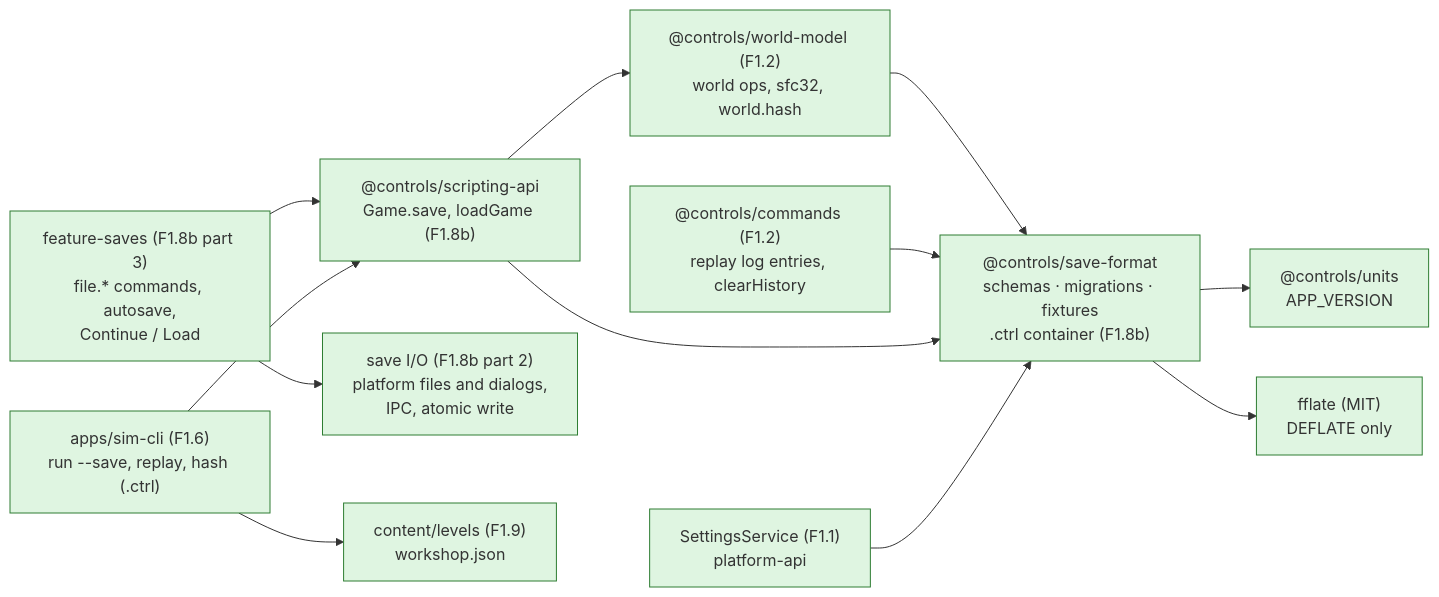
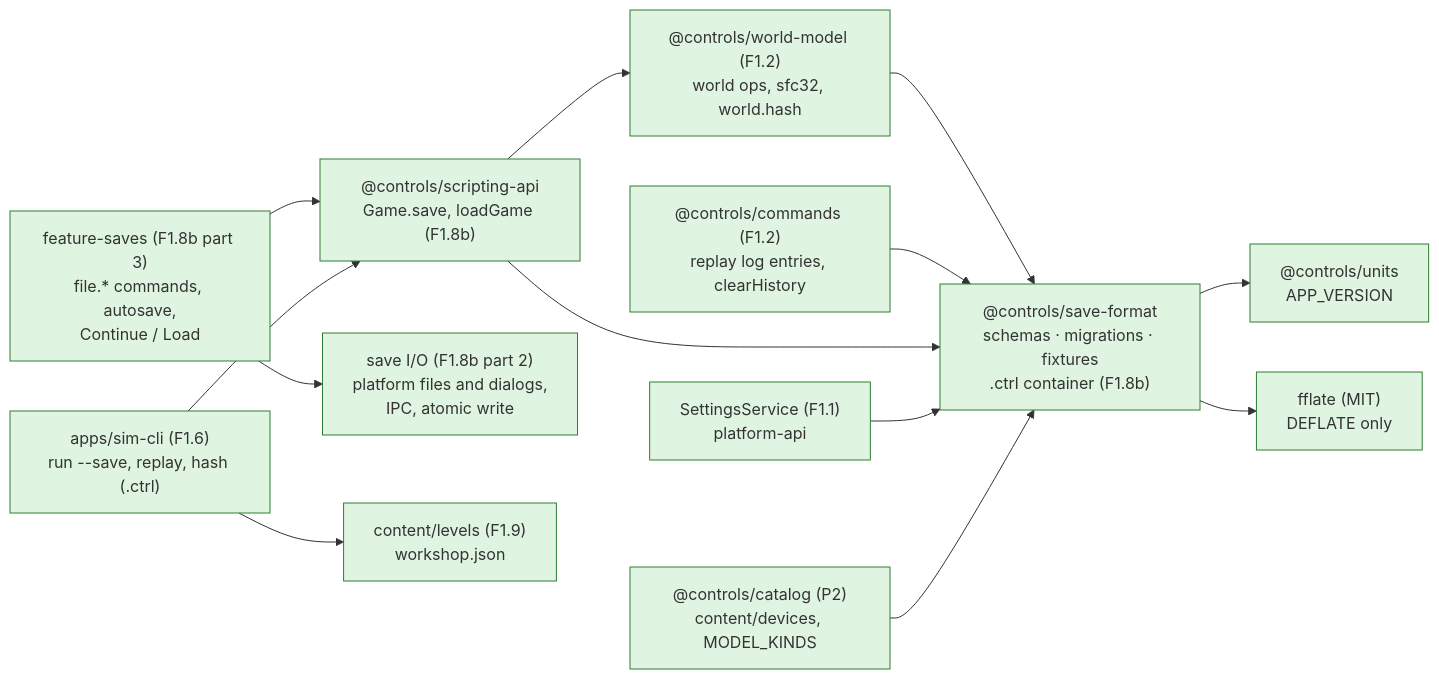
The seventh of 11 diagrams in docs/architecture/world-and-saves.md (joebarbere/controls), drawn with Mermaid before and after one commit. The commit also changed other lines of this file and 33 other files, not shown here.

First line of the commit message:
feat(catalog): device catalogue v1 and MODEL_KINDS (P2 kickoff step 5, D4) (#40)

````diff
--- a/docs/architecture/world-and-saves.md
+++ b/docs/architecture/world-and-saves.md
@@ -200,29 +222,31 @@
 ```mermaid
 flowchart LR
     classDef done fill:#dff5e1,stroke:#2e7d32;
     classDef later fill:#f4f4f4,stroke:#999,stroke-dasharray: 4 3;
 
     SF["@controls/save-format<br/>schemas · migrations · fixtures<br/>.ctrl container (F1.8b)"]:::done
     FF["fflate (MIT)<br/>DEFLATE only"]:::done
     UNITS["@controls/units<br/>APP_VERSION"]:::done
     WM["@controls/world-model (F1.2)<br/>world ops, sfc32, world.hash"]:::done
     CMD["@controls/commands (F1.2)<br/>replay log entries, clearHistory"]:::done
     API["@controls/scripting-api<br/>Game.save, loadGame (F1.8b)"]:::done
     IO["save I/O (F1.8b part 2)<br/>platform files and dialogs,<br/>IPC, atomic write"]:::done
     UI["feature-saves (F1.8b part 3)<br/>file.* commands, autosave,<br/>Continue / Load"]:::done
     SET["SettingsService (F1.1)<br/>platform-api"]:::done
     CLI["apps/sim-cli (F1.6)<br/>run --save, replay, hash (.ctrl)"]:::done
     LVL["content/levels (F1.9)<br/>workshop.json"]:::done
+    CATL["@controls/catalog (P2)<br/>content/devices, MODEL_KINDS"]:::done
 
     SF --> UNITS
     SF --> FF
     WM --> SF
     CMD --> SF
     API --> WM
     API --> SF
     UI --> API
     UI --> IO
     SET --> SF
     CLI --> API
     CLI --> LVL
+    CATL --> SF
 ```
````
